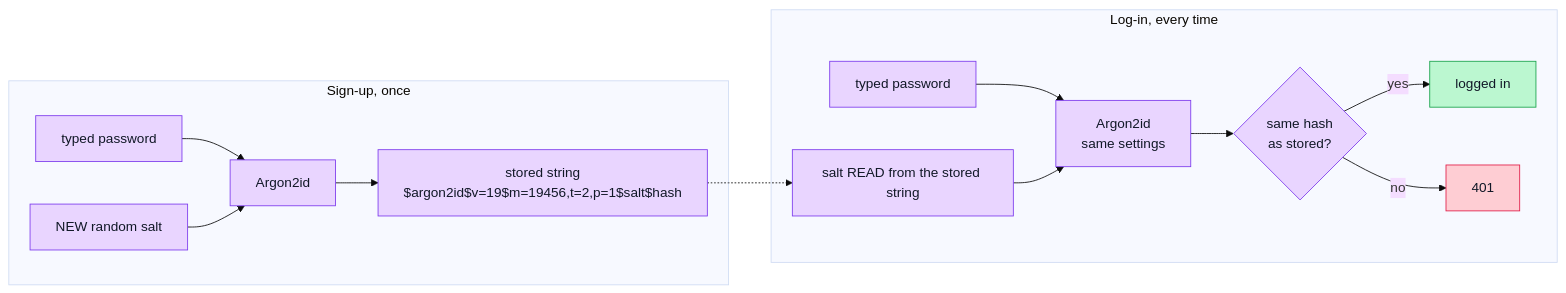
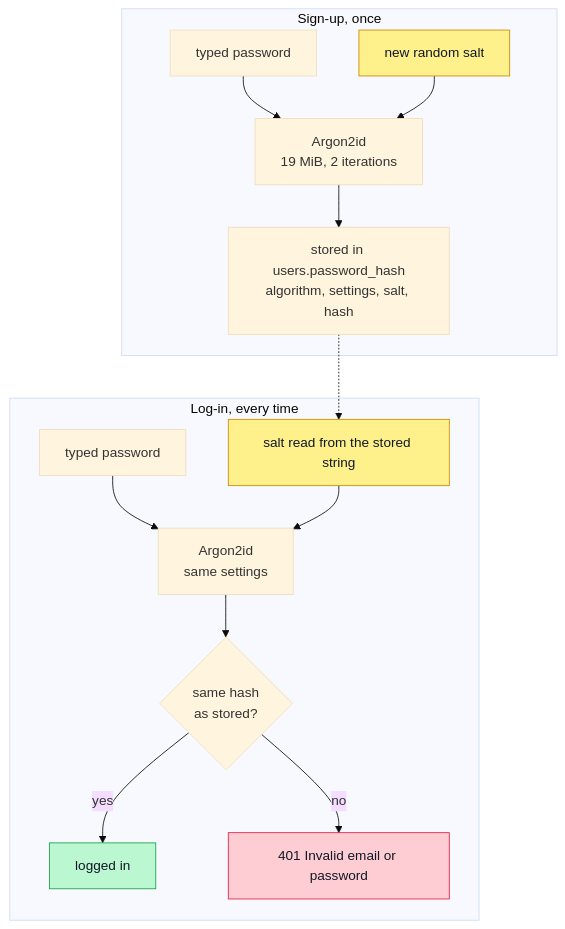
One commit to ilyas8888/moneymacros changed the seventh of 10 diagrams in docs/learned-so-far.md. Above: the diagram before and after it, drawn with Mermaid (base theme). The commit also changed other lines of this file, not shown here.

First line of the commit message:
docs: expand the revision sheet with diagrams and self-checks

````diff
--- a/docs/learned-so-far.md
+++ b/docs/learned-so-far.md
@@ -200,27 +300,23 @@
 ```mermaid
-flowchart LR
+flowchart TB
     subgraph signup["Sign-up, once"]
-        p1["typed password"] --> h1["Argon2id"]
-        s1["NEW random salt"] --> h1
-        h1 --> stored["stored string<br/>$argon2id$v=19$m=19456,t=2,p=1$salt$hash"]
+        p1["typed password"] --> h1["Argon2id<br/>19 MiB, 2 iterations"]
+        s1["new random salt"] --> h1
+        h1 --> st["stored in users.password_hash<br/>algorithm, settings, salt, hash"]
     end
     subgraph login["Log-in, every time"]
         p2["typed password"] --> h2["Argon2id<br/>same settings"]
-        s2["salt READ from the stored string"] --> h2
+        s2["salt read from the stored string"] --> h2
         h2 --> cmp{"same hash<br/>as stored?"}
         cmp -->|yes| ok["logged in"]
-        cmp -->|no| ko["401"]
+        cmp -->|no| ko["401 Invalid email or password"]
     end
-    stored -.-> s2
+    st -.-> s2
 
-    style p1 fill:#E9D5FF,stroke:#7C3AED,color:#111827
-    style s1 fill:#E9D5FF,stroke:#7C3AED,color:#111827
-    style h1 fill:#E9D5FF,stroke:#7C3AED,color:#111827
-    style stored fill:#E9D5FF,stroke:#7C3AED,color:#111827
-    style p2 fill:#E9D5FF,stroke:#7C3AED,color:#111827
-    style s2 fill:#E9D5FF,stroke:#7C3AED,color:#111827
-    style h2 fill:#E9D5FF,stroke:#7C3AED,color:#111827
-    style cmp fill:#E9D5FF,stroke:#7C3AED,color:#111827
-    style ok fill:#BBF7D0,stroke:#16A34A,color:#111827
-    style ko fill:#FECDD3,stroke:#E11D48,color:#111827
+    classDef salt fill:#FEF08A,stroke:#CA8A04,color:#111827
+    classDef good fill:#BBF7D0,stroke:#16A34A,color:#111827
+    classDef bad fill:#FECDD3,stroke:#E11D48,color:#111827
+    class s1,s2 salt
+    class ok good
+    class ko bad
 ```
````
